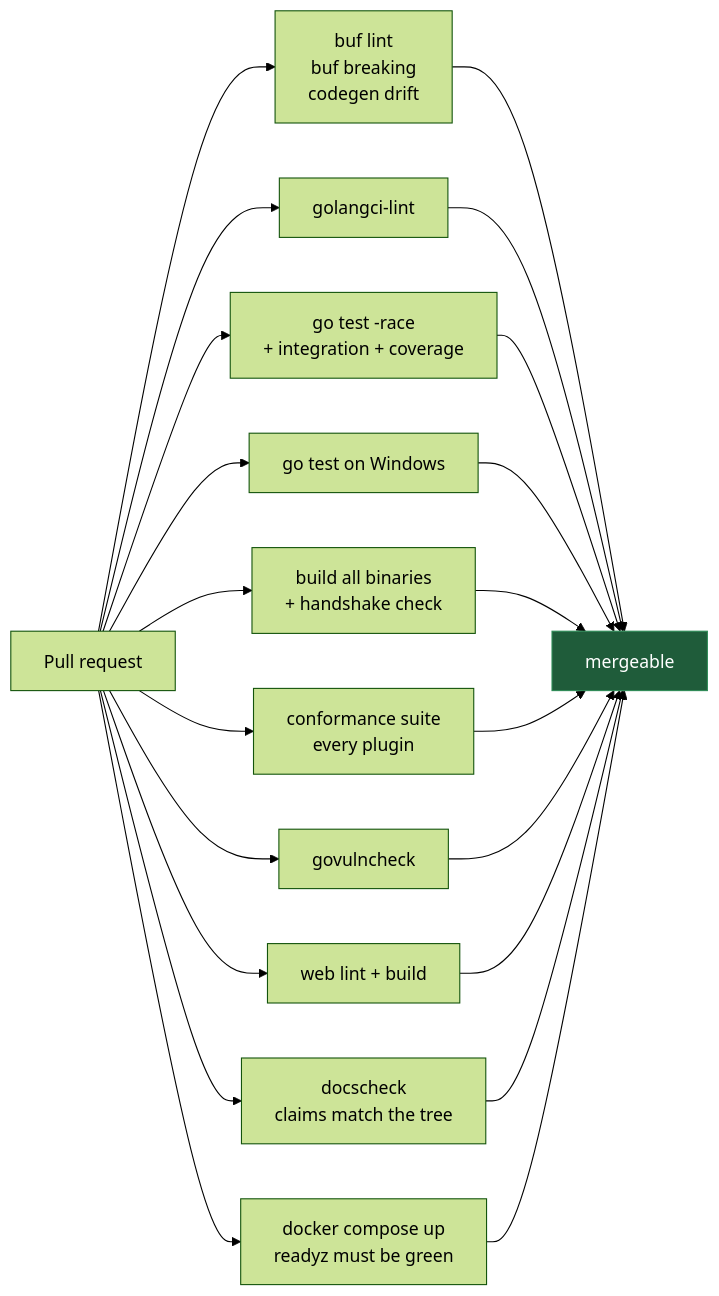
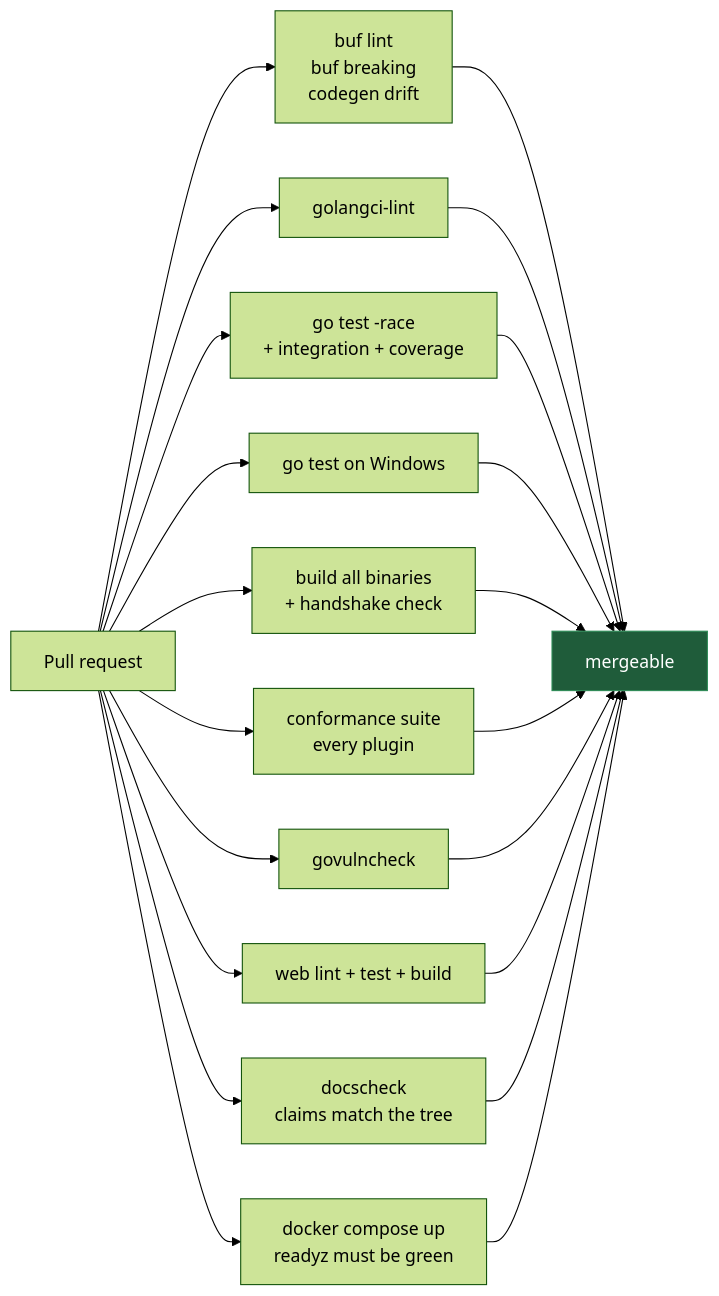
Before and after one commit to danmorcov88/Fleetward: the second of 2 diagrams in README.md, drawn with Mermaid (forest theme). The commit also changed other lines of this file and 45 other files, not shown here.

````diff
--- a/README.md
+++ b/README.md
@@ -395,16 +439,16 @@
 ```mermaid
 flowchart LR
     PR["Pull request"] --> P["buf lint<br/>buf breaking<br/>codegen drift"]
     PR --> L["golangci-lint"]
     PR --> T["go test -race<br/>+ integration + coverage"]
     PR --> TW["go test on Windows"]
     PR --> B["build all binaries<br/>+ handshake check"]
     PR --> C["conformance suite<br/>every plugin"]
     PR --> V["govulncheck"]
-    PR --> W["web lint + build"]
+    PR --> W["web lint + test + build"]
     PR --> DC["docscheck<br/>claims match the tree"]
     PR --> D["docker compose up<br/>readyz must be green"]
     P & L & T & TW & B & C & V & W & DC & D --> M["mergeable"]
 
     style M fill:#1f5c3a,stroke:#2e8b57,color:#fff
 ```
````
